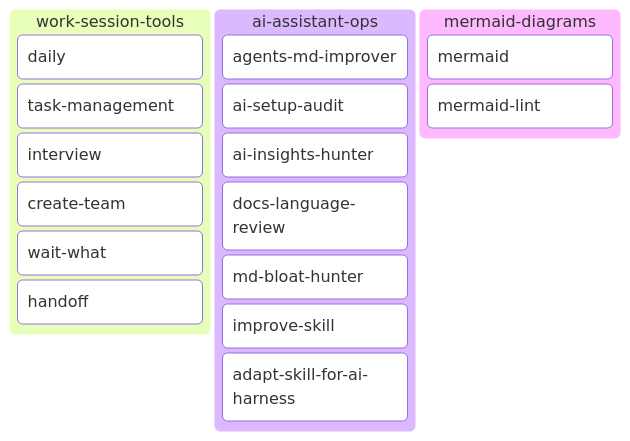
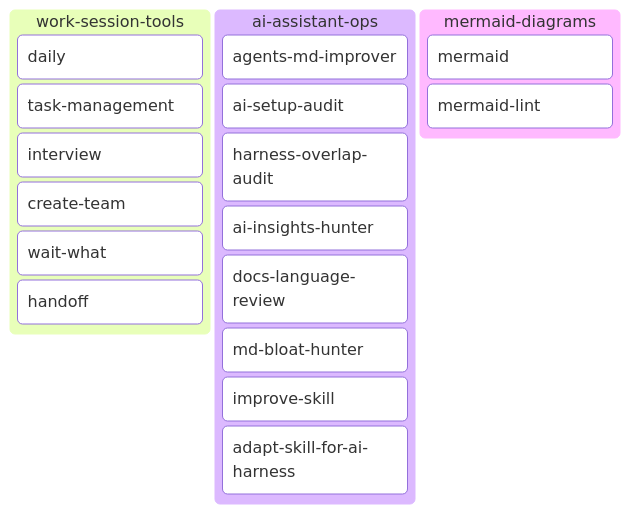
Before and after one commit to Alex-Kopylov/zweihander: the second of 4 diagrams in README.md, drawn with Mermaid. The commit also changed other lines of this file and 9 other files, not shown here.

First line of the commit message:
feat(ai-assistant-ops): add harness-overlap-audit skill

````diff
--- a/README.md
+++ b/README.md
@@ -74,21 +74,22 @@
 ```mermaid
 kanban
   work_session_tools[work-session-tools]
     wst_daily[daily]
     wst_task_management[task-management]
     wst_interview[interview]
     wst_create_team[create-team]
     wst_wait_what[wait-what]
     wst_handoff[handoff]
   ai_assistant_ops[ai-assistant-ops]
     aao_agents_md_improver[agents-md-improver]
     aao_ai_setup_audit[ai-setup-audit]
+    aao_harness_overlap_audit[harness-overlap-audit]
     aao_ai_insights_hunter[ai-insights-hunter]
     aao_docs_language_review[docs-language-review]
     aao_md_bloat_hunter[md-bloat-hunter]
     aao_improve_skill[improve-skill]
     aao_adapt_skill_for_ai_harness[adapt-skill-for-ai-harness]
   mermaid_diagrams[mermaid-diagrams]
     md_mermaid[mermaid]
     md_mermaid_lint[mermaid-lint]
 ```
````
